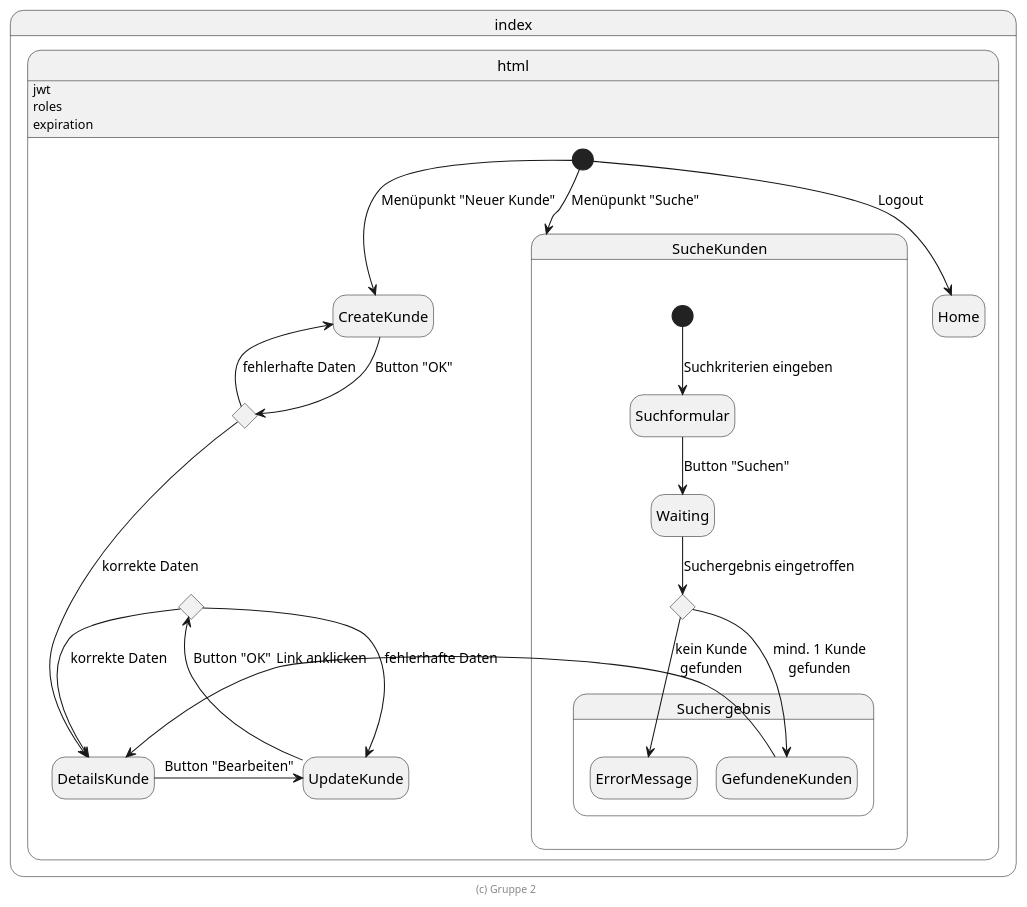
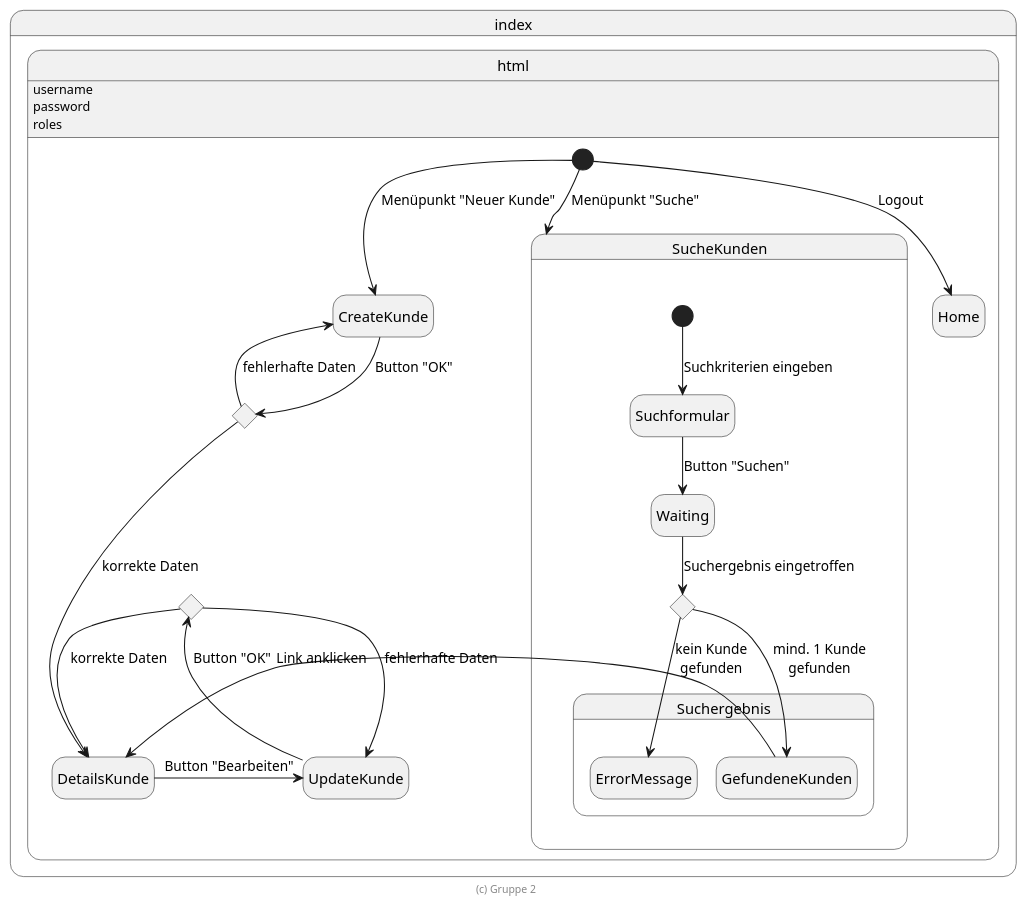
The diagram in extras/doc/page-flow-admin.zustandsdiagramm.plantuml (Wichlee/kundeweb), drawn with PlantUML before and after one commit. The commit also changed 1 other file, not shown here.

```diff
--- a/extras/doc/page-flow-admin.zustandsdiagramm.plantuml
+++ b/extras/doc/page-flow-admin.zustandsdiagramm.plantuml
@@ -20,44 +20,44 @@
 @startuml Zustandsdiagramm
 
 hide empty description
 
 state index.html {
-    index.html: jwt
+    index.html: username
+    index.html: password
     index.html: roles
-    index.html: expiration
 
     [*] --> Home: Logout
 
     state SucheKunden {
         [*] --> Suchformular: Suchkriterien eingeben
         Suchformular --> Waiting: Button "Suchen"
         state SuchergebnisChoice <<choice>>
         Waiting --> SuchergebnisChoice: Suchergebnis eingetroffen
 
         state Suchergebnis {
             SuchergebnisChoice --> GefundeneKunden: mind. 1 Kunde\ngefunden
             SuchergebnisChoice --> ErrorMessage: kein Kunde\ngefunden
 
             ErrorMessage -right[hidden]-> GefundeneKunden
         }
     }
     [*] -down-> SucheKunden: Menüpunkt "Suche"
     GefundeneKunden -right-> DetailsKunde: Link anklicken
 
     [*] -down-> CreateKunde: Menüpunkt "Neuer Kunde"
     SucheKunden -right[hidden]-> CreateKunde
     state CreateChoice <<choice>>
     CreateKunde --> CreateChoice: Button "OK"
     CreateChoice --> CreateKunde: fehlerhafte Daten
     CreateChoice --> DetailsKunde: korrekte Daten
 
     DetailsKunde -right-> UpdateKunde: Button "Bearbeiten"
     state UpdateChoice <<choice>>
     UpdateKunde -up-> UpdateChoice: Button "OK"
     UpdateChoice --> UpdateKunde: fehlerhafte Daten
     UpdateChoice --> DetailsKunde: korrekte Daten
 }
 
 footer (c) Gruppe 2
 
 @enduml
```
